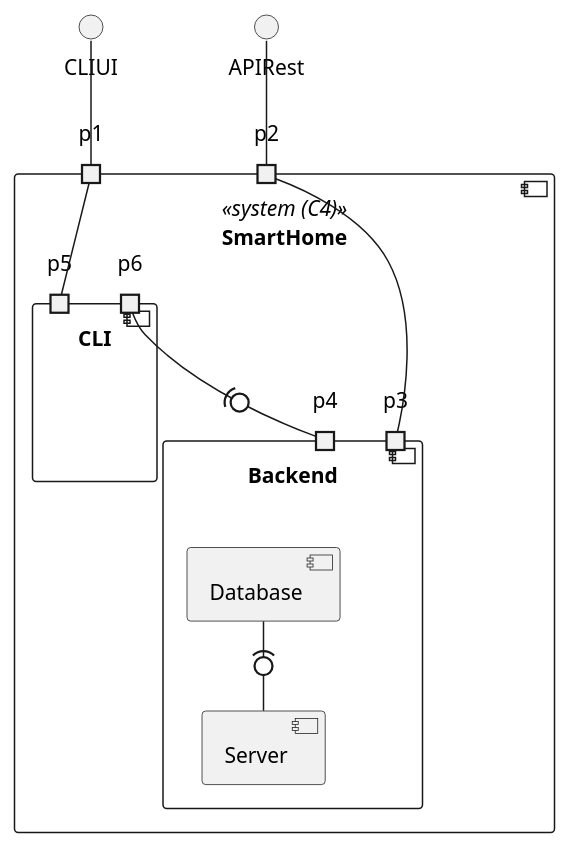
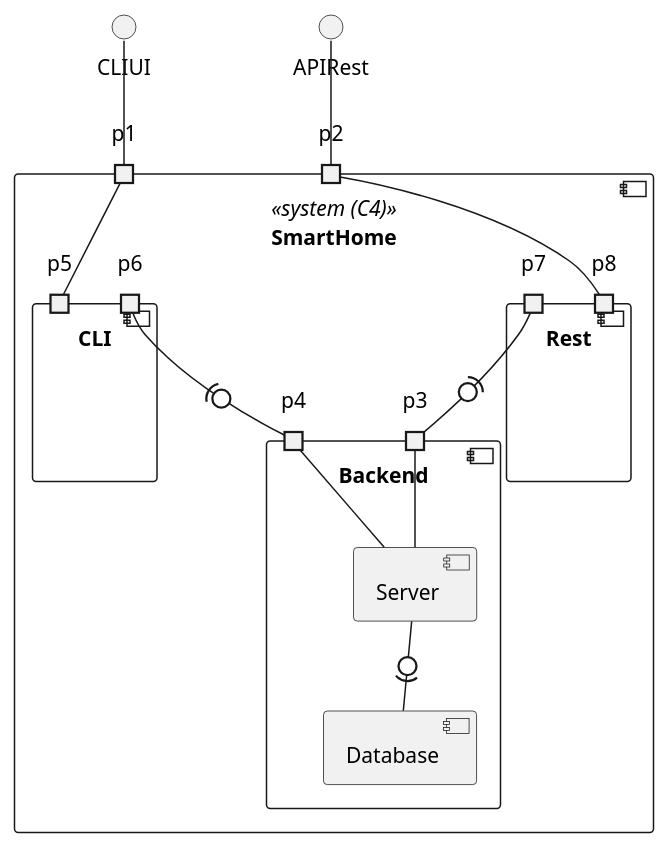
Before and after one commit to olivDiogo/SmartHome: the diagram in docs/ooa/C4_4plus1_models/Level3/LogicalView/LogicalViewLevel3.puml, drawn with PlantUML. The commit also changed 2 other files, not shown here.

Commit message:
#433 added diagrams to ImplementationViewLevel3.puml and updates

```diff
--- a/docs/ooa/C4_4plus1_models/Level3/LogicalView/LogicalViewLevel3.puml
+++ b/docs/ooa/C4_4plus1_models/Level3/LogicalView/LogicalViewLevel3.puml
@@ -1,29 +1,37 @@
 @startuml
 'https://plantuml.com/component-diagram
 component SmartHome <<system (C4)>> {
     port p1
     port p2
 
     component Backend {
         port p3
         port p4
         component Database
         component Server
     }
 
     component CLI{
         port p5
         port p6
     }
+
+    component Rest{
+        port p7
+        port p8
+    }
 }
 
 CLIUI -down- p1
 p5 - p1
 p6 -(0- p4
 
-p3 - p2
+p3 -up0)- p7
+p8 - p2
 p2 -up- APIRest
 
-Database -(0- Server
+Server -0)- Database
+Server - p3
+Server - p4
 
 @enduml
```
